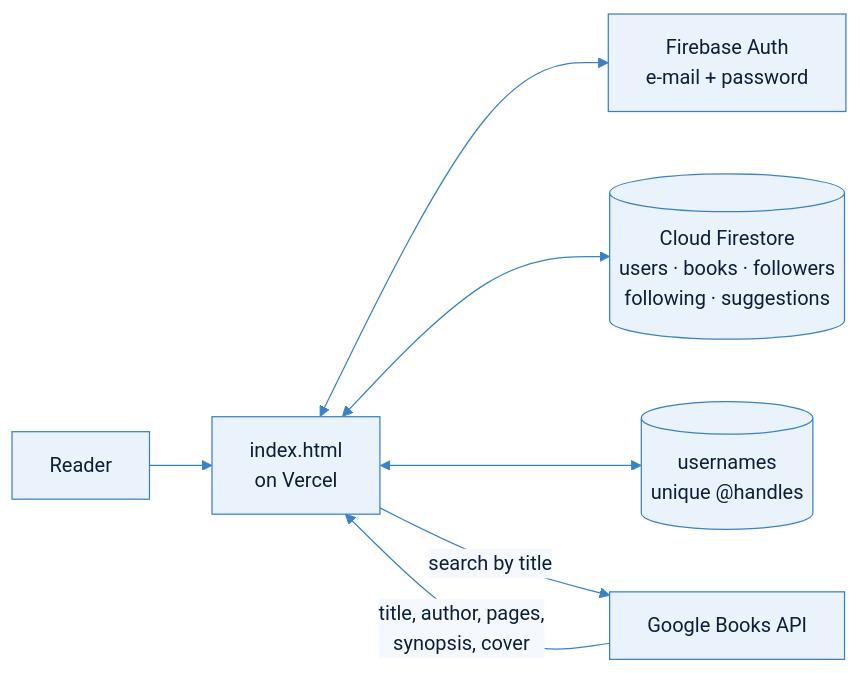
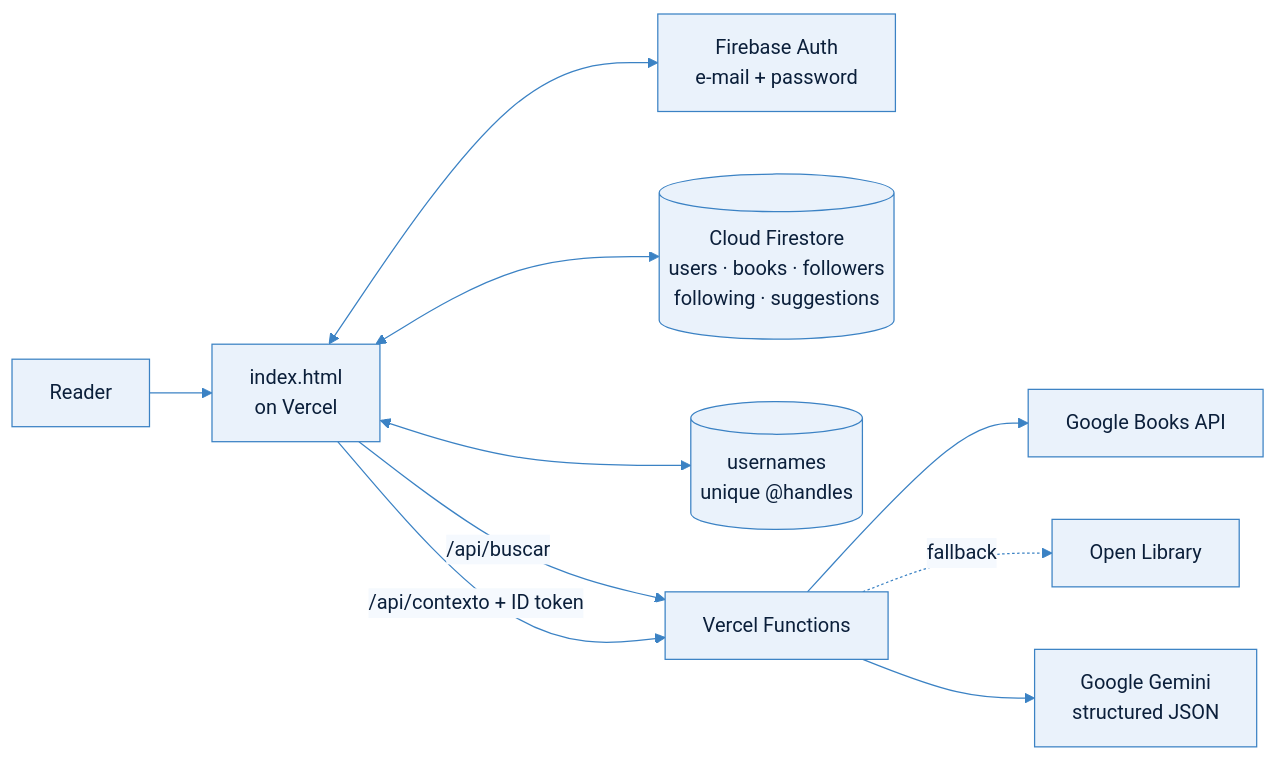
Before and after one commit to amandapasqualotto/minhabiblioteca: the first of 2 diagrams in README.md, drawn with Mermaid. The commit also changed other lines of this file and 3 other files, not shown here.

````diff
--- a/README.md
+++ b/README.md
@@ -151,10 +155,13 @@
 ```mermaid
 %%{init: {'theme':'base','themeVariables':{'primaryColor':'#EAF2FB','primaryBorderColor':'#3B82C4','primaryTextColor':'#0B1F3A','lineColor':'#3B82C4','edgeLabelBackground':'#F5F9FE','fontFamily':'Fira Code'}}}%%
 flowchart LR
     U["Reader"] --> APP["index.html<br/>on Vercel"]
     APP <--> AUTH["Firebase Auth<br/>e-mail + password"]
     APP <--> FS[("Cloud Firestore<br/>users · books · followers<br/>following · suggestions")]
     APP <--> UN[("usernames<br/>unique @handles")]
-    APP -->|"search by title"| GB["Google Books API"]
-    GB -->|"title, author, pages,<br/>synopsis, cover"| APP
+    APP -->|"/api/buscar"| FN["Vercel Functions"]
+    FN --> GB["Google Books API"]
+    FN -.->|"fallback"| OL["Open Library"]
+    APP -->|"/api/contexto + ID token"| FN
+    FN --> GEM["Google Gemini<br/>structured JSON"]
 ```
````
